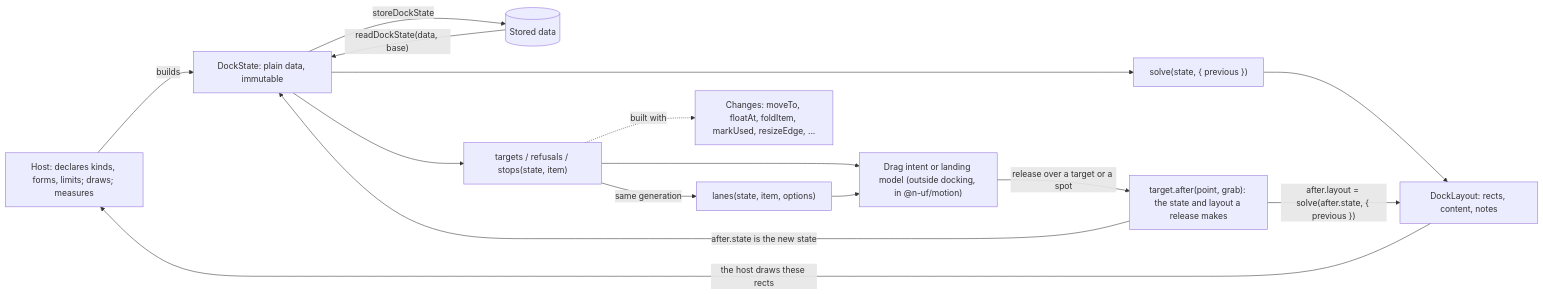
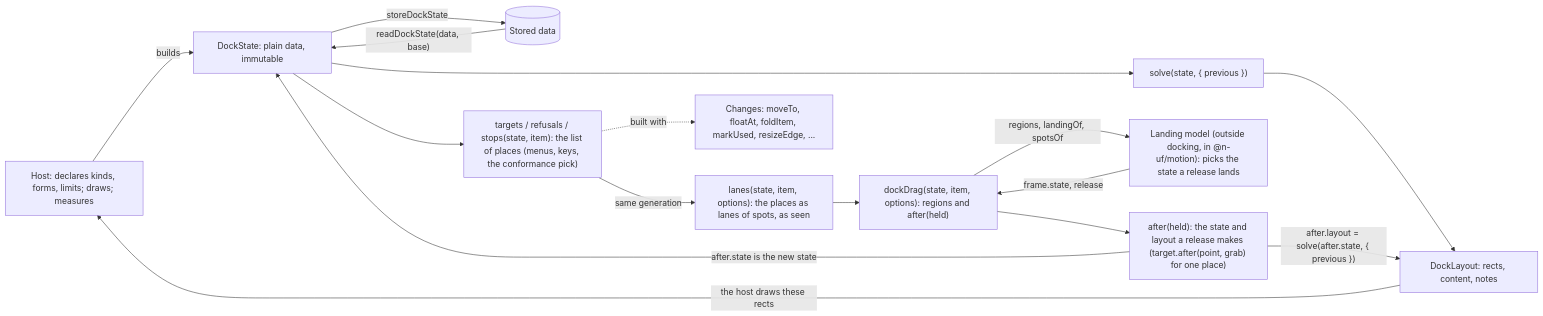
Before and after one commit to n-uf/motion: the diagram in docs/docking.md, drawn with Mermaid. The commit also changed other lines of this file, not shown here.

Commit message:
docs(docking): state the draw rule once, add dockDrag to the paragraph, diagram, contents and SDK table, take the marks in from motion

````diff
--- a/docs/docking.md
+++ b/docs/docking.md
@@ -63,27 +64,29 @@
 ```mermaid
 flowchart LR
   host["Host: declares kinds, forms, limits; draws; measures"]
   stored[("Stored data")]
   state["DockState: plain data, immutable"]
   solve["solve(state, { previous })"]
   layout["DockLayout: rects, content, notes"]
-  tg["targets / refusals / stops(state, item)"]
-  ln["lanes(state, item, options)"]
-  intent["Drag intent or landing model (outside docking, in @n-uf/motion)"]
-  after["target.after(point, grab): the state and layout a release makes"]
+  tg["targets / refusals / stops(state, item): the list of places (menus, keys, the conformance pick)"]
+  ln["lanes(state, item, options): the places as lanes of spots, as seen"]
+  drag["dockDrag(state, item, options): regions and after(held)"]
+  model["Landing model (outside docking, in @n-uf/motion): picks the state a release lands"]
+  after["after(held): the state and layout a release makes (target.after(point, grab) for one place)"]
   chg["Changes: moveTo, floatAt, foldItem, markUsed, resizeEdge, ..."]
 
   host -- "builds" --> state
   stored -- "readDockState(data, base)" --> state
   state -- "storeDockState" --> stored
   state --> solve --> layout
   layout -- "the host draws these rects" --> host
   state --> tg
   tg -- "same generation" --> ln
-  tg --> intent
-  ln --> intent
-  intent -- "release over a target or a spot" --> after
+  ln --> drag
+  drag -- "regions, landingOf, spotsOf" --> model
+  model -- "frame.state, release" --> drag
+  drag --> after
   tg -. "built with" .-> chg
   after -- "after.state is the new state" --> state
   after -- "after.layout = solve(after.state, { previous })" --> layout
 ```
````
